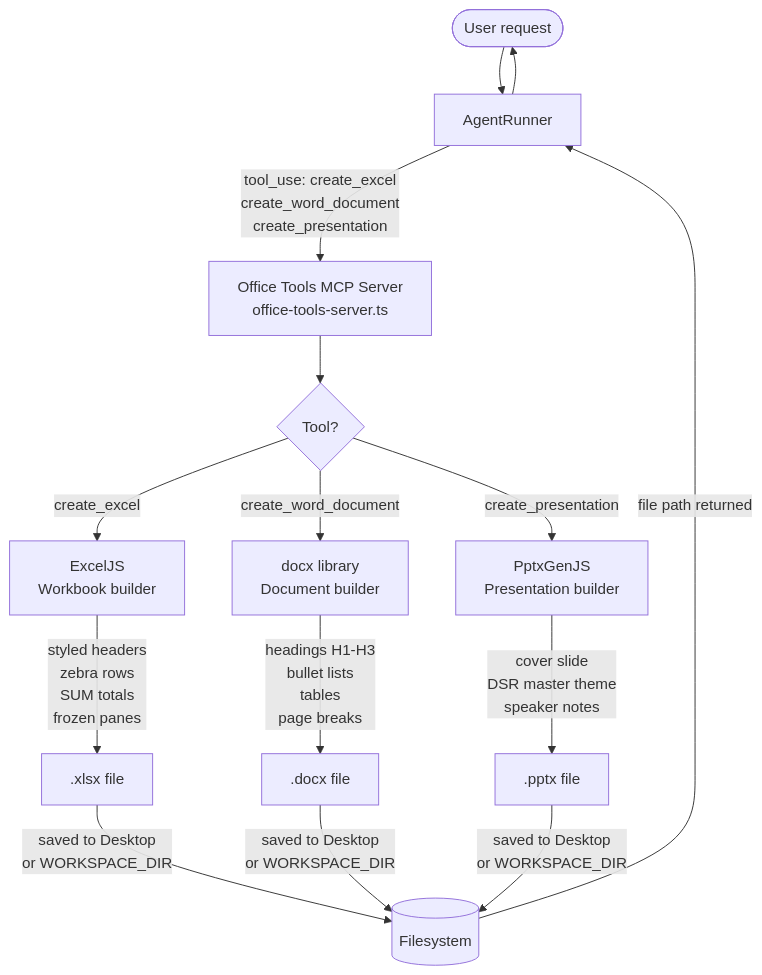
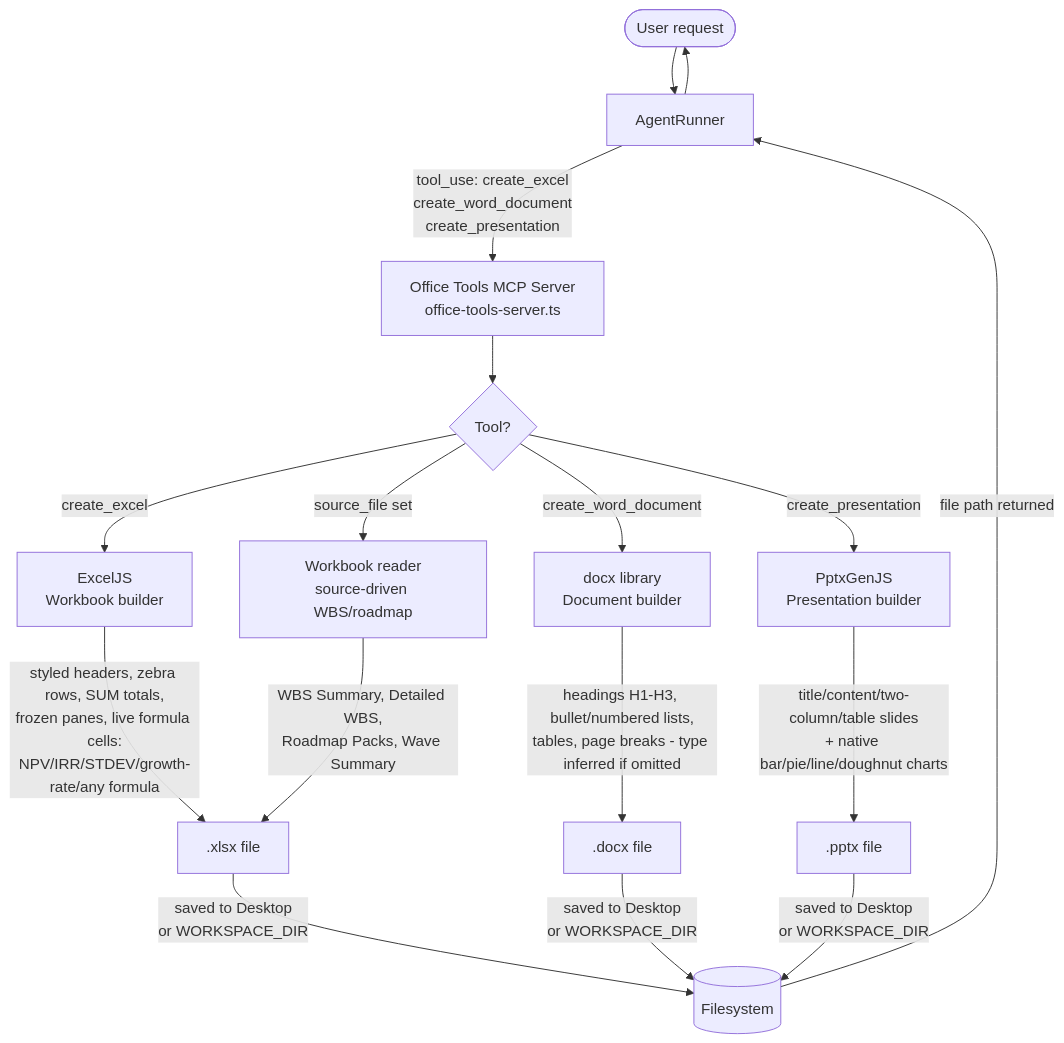
Before and after one commit to dineshsrivastava07-cell/dsr-CoworkAI: the fifth of 10 diagrams in Architecture.md, drawn with Mermaid. The commit also changed other lines of this file and 3 other files, not shown here.

````diff
--- a/Architecture.md
+++ b/Architecture.md
@@ -146,18 +174,20 @@
 ```mermaid
 flowchart TD
     U([User request]) --> AR[AgentRunner]
     AR -->|tool_use: create_excel\ncreate_word_document\ncreate_presentation| OTS[Office Tools MCP Server\noffice-tools-server.ts]
 
     OTS --> XL{Tool?}
     XL -- create_excel --> EXJ[ExcelJS\nWorkbook builder]
     XL -- create_word_document --> DCX[docx library\nDocument builder]
     XL -- create_presentation --> PPT[PptxGenJS\nPresentation builder]
+    XL -- source_file set --> WBS[Workbook reader\nsource-driven WBS/roadmap]
 
-    EXJ -->|styled headers\nzebra rows\nSUM totals\nfrozen panes| XLSX[.xlsx file]
-    DCX -->|headings H1-H3\nbullet lists\ntables\npage breaks| DOCX[.docx file]
-    PPT -->|cover slide\nDSR master theme\nspeaker notes| PPTX[.pptx file]
+    EXJ -->|styled headers, zebra rows, SUM totals,\nfrozen panes, live formula cells:\nNPV/IRR/STDEV/growth-rate/any formula| XLSX[.xlsx file]
+    DCX -->|headings H1-H3, bullet/numbered lists,\ntables, page breaks - type inferred if omitted| DOCX[.docx file]
+    PPT -->|title/content/two-column/table slides\n+ native bar/pie/line/doughnut charts| PPTX[.pptx file]
+    WBS -->|WBS Summary, Detailed WBS,\nRoadmap Packs, Wave Summary| XLSX
 
     XLSX & DOCX & PPTX -->|saved to Desktop\nor WORKSPACE_DIR| FS[(Filesystem)]
     FS -->|file path returned| AR
     AR --> U
 ```
````
